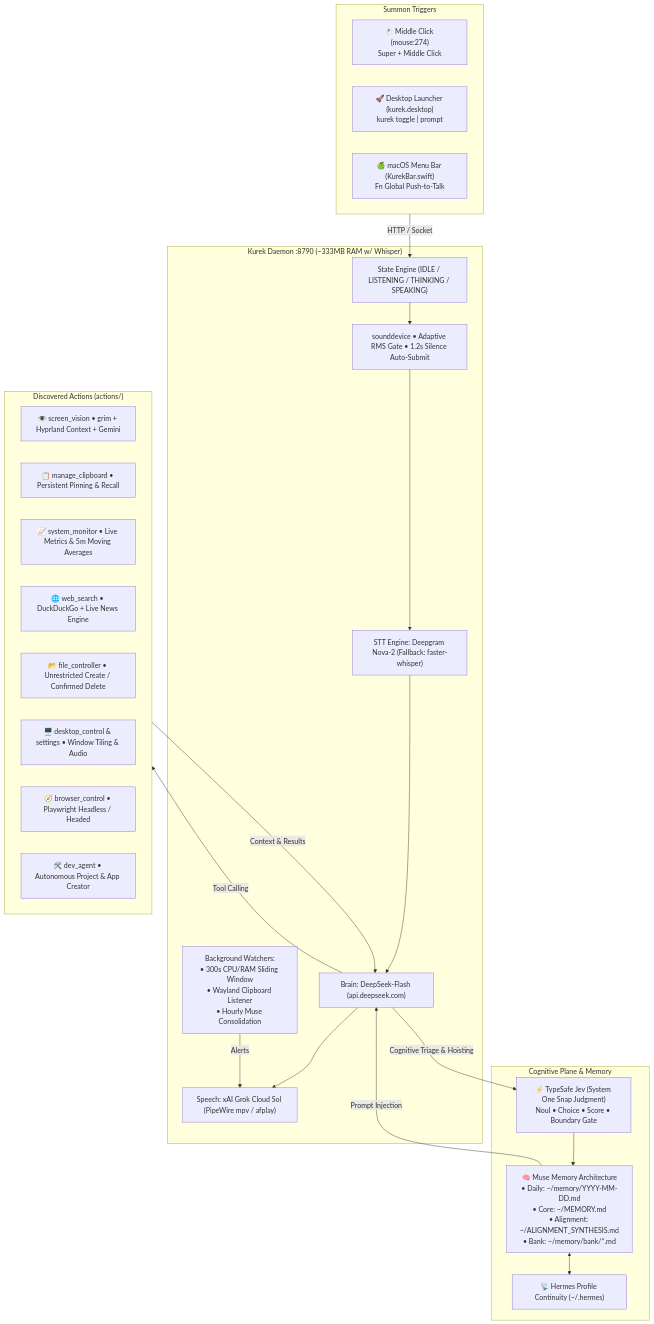
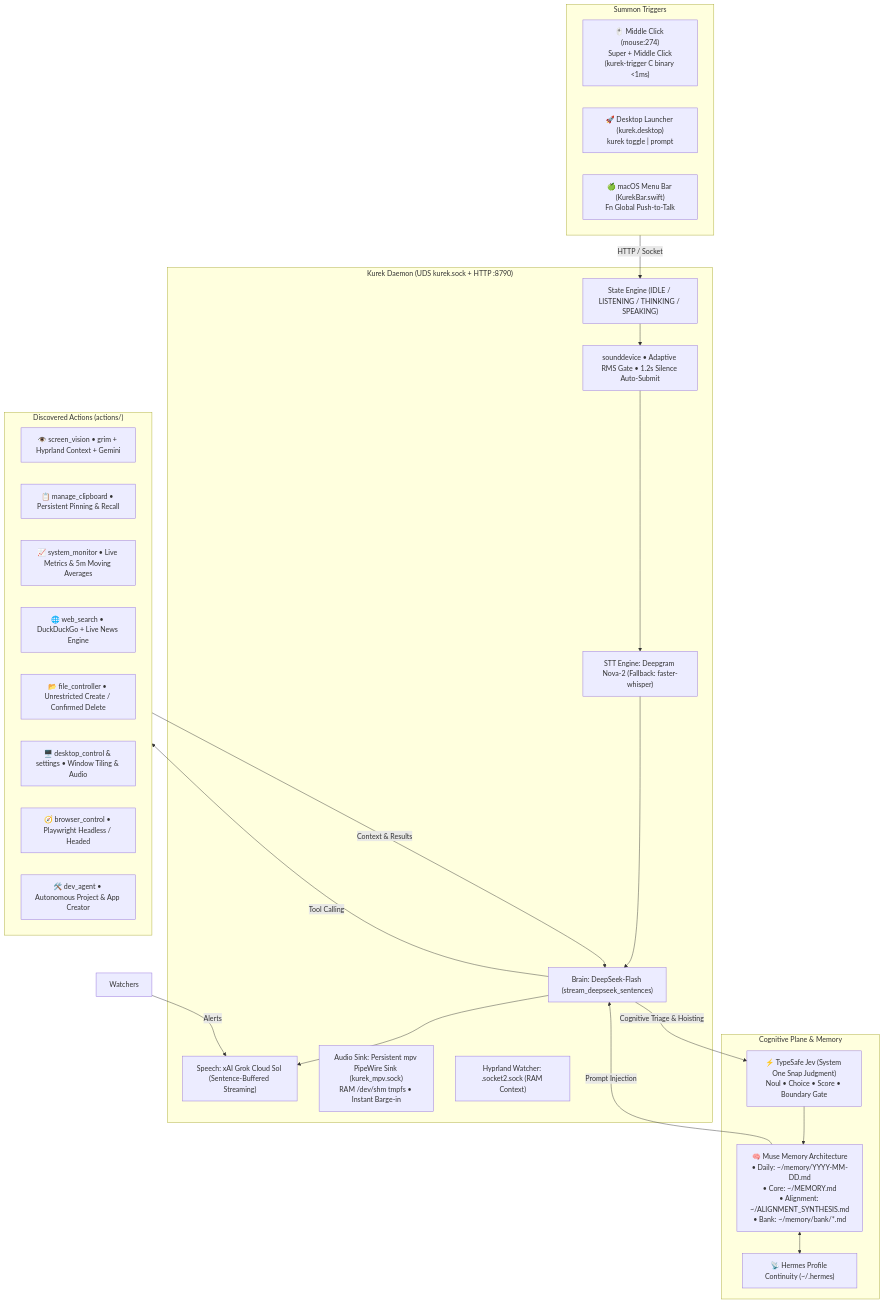
Before and after one commit to nodaysidle/kureksistant: the diagram in README.md, drawn with Mermaid. The commit also changed other lines of this file and 12 other files, not shown here.

First line of the commit message:
feat: sub-400ms streaming TTS, UDS trigger client, and Hyprland IPC watcher

````diff
--- a/README.md
+++ b/README.md
@@ -158,45 +162,46 @@
 ```mermaid
 flowchart TD
     subgraph Inputs ["Summon Triggers"]
-        Mouse["🖱️ Middle Click (mouse:274)\nSuper + Middle Click"]
+        Mouse["🖱️ Middle Click (mouse:274)\nSuper + Middle Click\n(kurek-trigger C binary <1ms)"]
         Launcher["🚀 Desktop Launcher (kurek.desktop)\nkurek toggle | prompt"]
         MacBar["🍏 macOS Menu Bar (KurekBar.swift)\nFn Global Push-to-Talk"]
     end
 
-    subgraph Daemon ["Kurek Daemon :8790 (~333MB RAM w/ Whisper)"]
+    subgraph Daemon ["Kurek Daemon (UDS kurek.sock + HTTP :8790)"]
         State["State Engine (IDLE / LISTENING / THINKING / SPEAKING)"]
         Audio["sounddevice • Adaptive RMS Gate • 1.2s Silence Auto-Submit"]
         STT["STT Engine: Deepgram Nova-2 (Fallback: faster-whisper)"]
-        LLM["Brain: DeepSeek-Flash (api.deepseek.com)"]
-        TTS["Speech: xAI Grok Cloud Sol (PipeWire mpv / afplay)"]
-        Watchers["Background Watchers:\n• 300s CPU/RAM Sliding Window\n• Wayland Clipboard Listener\n• Hourly Muse Consolidation"]
+        LLM["Brain: DeepSeek-Flash (stream_deepseek_sentences)"]
+        TTS["Speech: xAI Grok Cloud Sol (Sentence-Buffered Streaming)"]
+        Sink["Audio Sink: Persistent mpv PipeWire Sink (kurek_mpv.sock)\nRAM /dev/shm tmpfs • Instant Barge-in"]
+        HyprWatcher["Hyprland Watcher: .socket2.sock (RAM Context)"]
     end
 
     subgraph Cognition ["Cognitive Plane & Memory"]
         Jev["⚡ TypeSafe Jev (System One Snap Judgment)\nNoul • Choice • Score • Boundary Gate"]
         Muse["🧠 Muse Memory Architecture\n• Daily: ~/memory/YYYY-MM-DD.md\n• Core: ~/MEMORY.md\n• Alignment: ~/ALIGNMENT_SYNTHESIS.md\n• Bank: ~/memory/bank/*.md"]
         Hermes["📡 Hermes Profile Continuity (~/.hermes)"]
     end
 
     subgraph Tools ["Discovered Actions (actions/)"]
         Vision["👁️ screen_vision • grim + Hyprland Context + Gemini"]
         Clip["📋 manage_clipboard • Persistent Pinning & Recall"]
         Monitor["📈 system_monitor • Live Metrics & 5m Moving Averages"]
         Web["🌐 web_search • DuckDuckGo + Live News Engine"]
         Files["📂 file_controller • Unrestricted Create / Confirmed Delete"]
         Desktop["🖥️ desktop_control & settings • Window Tiling & Audio"]
         Browser["🧭 browser_control • Playwright Headless / Headed"]
         Dev["🛠️ dev_agent • Autonomous Project & App Creator"]
     end
 
     Inputs -->|HTTP / Socket| State
     State --> Audio --> STT --> LLM
     LLM -->|Cognitive Triage & Hoisting| Jev
     Jev --> Muse
     Muse <--> Hermes
     Muse -->|Prompt Injection| LLM
     LLM -->|Tool Calling| Tools
     Tools -->|Context & Results| LLM
     LLM --> TTS
     Watchers -->|Alerts| TTS
 ```
````
